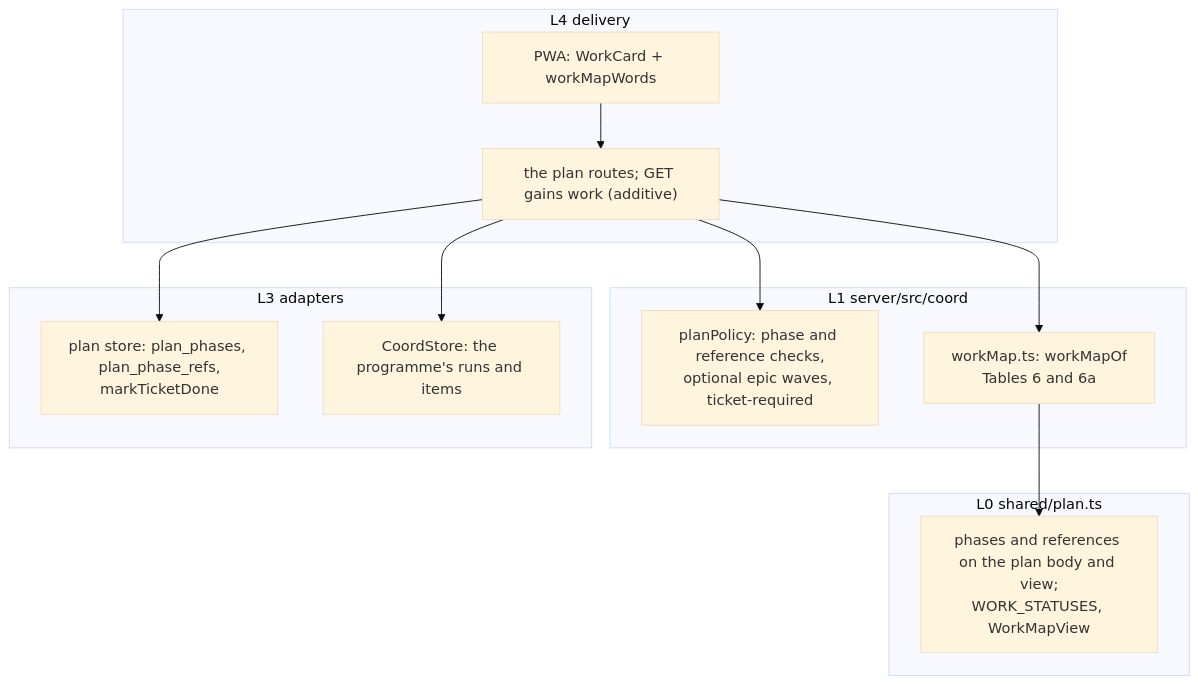
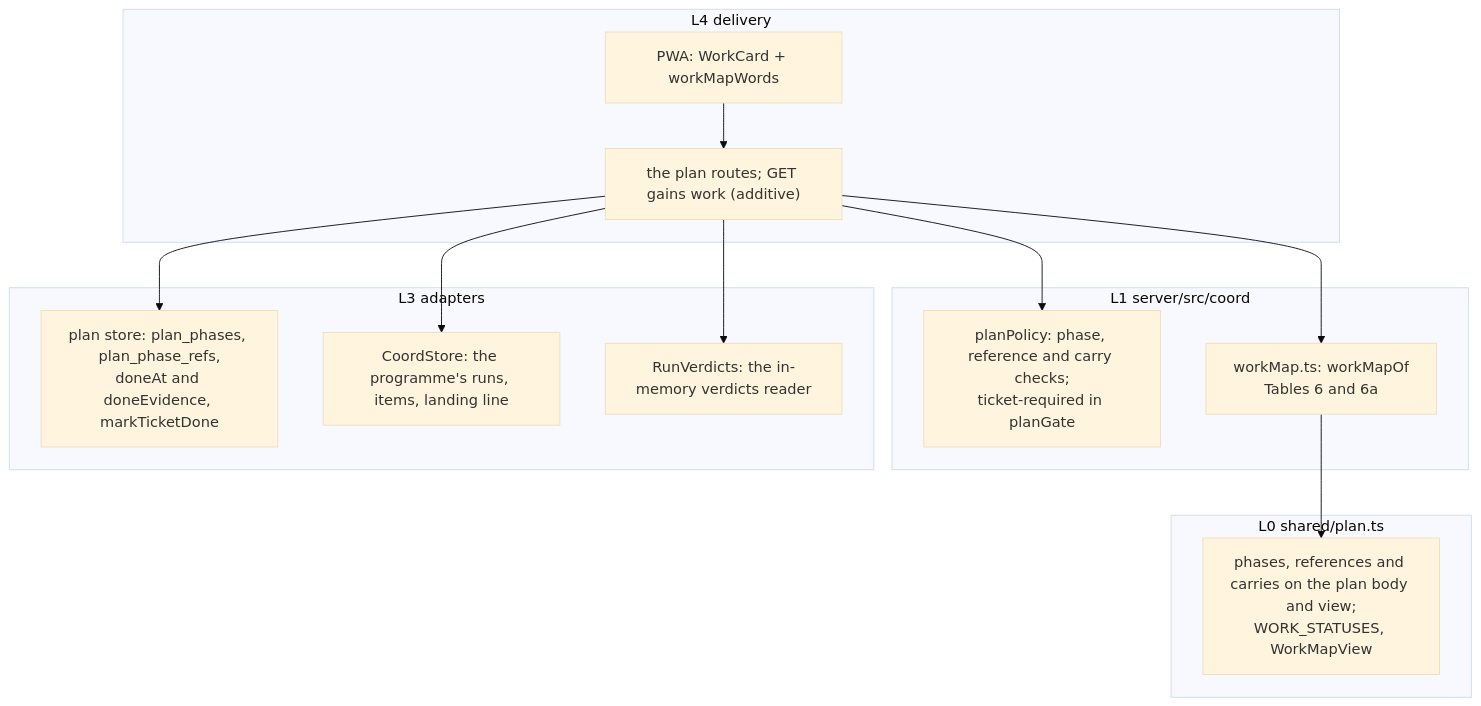
The third of 3 diagrams in docs/superpowers/specs/2026-11-16-programme-work-map-design.md (Synapsium-Labs/ccrc-pwa), drawn with Mermaid (base theme) before and after one commit. The commit also changed other lines of this file and 6 other files, not shown here.

````diff
--- a/docs/superpowers/specs/2026-11-16-programme-work-map-design.md
+++ b/docs/superpowers/specs/2026-11-16-programme-work-map-design.md
@@ -297,24 +367,26 @@
 ```mermaid
 flowchart TB
   subgraph L0["L0 shared/plan.ts"]
-    V["phases and references on the plan body and view;<br/>WORK_STATUSES, WorkMapView"]
+    V["phases, references and carries on the plan body and view;<br/>WORK_STATUSES, WorkMapView"]
   end
   subgraph L1["L1 server/src/coord"]
-    PP["planPolicy: phase and reference checks,<br/>optional epic waves, ticket-required"]
+    PP["planPolicy: phase, reference and carry checks;<br/>ticket-required in planGate"]
     WM["workMap.ts: workMapOf<br/>Tables 6 and 6a"]
   end
   subgraph L3["L3 adapters"]
-    PS["plan store: plan_phases, plan_phase_refs,<br/>markTicketDone"]
-    CS["CoordStore: the programme's runs and items"]
+    PS["plan store: plan_phases, plan_phase_refs,<br/>doneAt and doneEvidence, markTicketDone"]
+    CS["CoordStore: the programme's runs, items, landing line"]
+    RV["RunVerdicts: the in-memory verdicts reader"]
   end
   subgraph L4["L4 delivery"]
     RT["the plan routes; GET gains work (additive)"]
     UI["PWA: WorkCard + workMapWords"]
   end
   RT --> PS
   RT --> CS
+  RT --> RV
   RT --> WM
   RT --> PP
   WM --> V
   UI --> RT
 ```
````
